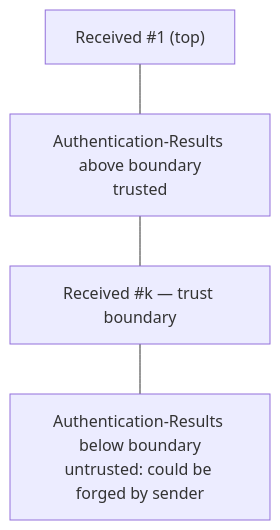
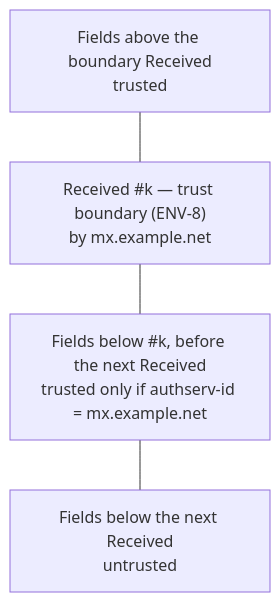
Before and after one commit to photom/benchside: the diagram in docs/reference/mail/authres.md, drawn with Mermaid. The commit also changed other lines of this file and 5 other files, not shown here.

First line of the commit message:
Specify trust and listing of receiver results

````diff
--- a/docs/reference/mail/authres.md
+++ b/docs/reference/mail/authres.md
@@ -15,6 +18,6 @@
 ```mermaid
 flowchart TD
-  r1["Received #1 (top)"] --- ar1[Authentication-Results above boundary<br/>trusted]
-  ar1 --- b["Received #k — trust boundary"]
-  b --- ar2[Authentication-Results below boundary<br/>untrusted: could be forged by sender]
+  above["Fields above the boundary Received<br/>trusted"] --- b["Received #k — trust boundary (ENV-8)<br/>by mx.example.net"]
+  b --- zone["Fields below #k, before the next Received<br/>trusted only if authserv-id = mx.example.net"]
+  zone --- rest["Fields below the next Received<br/>untrusted"]
 ```
````
